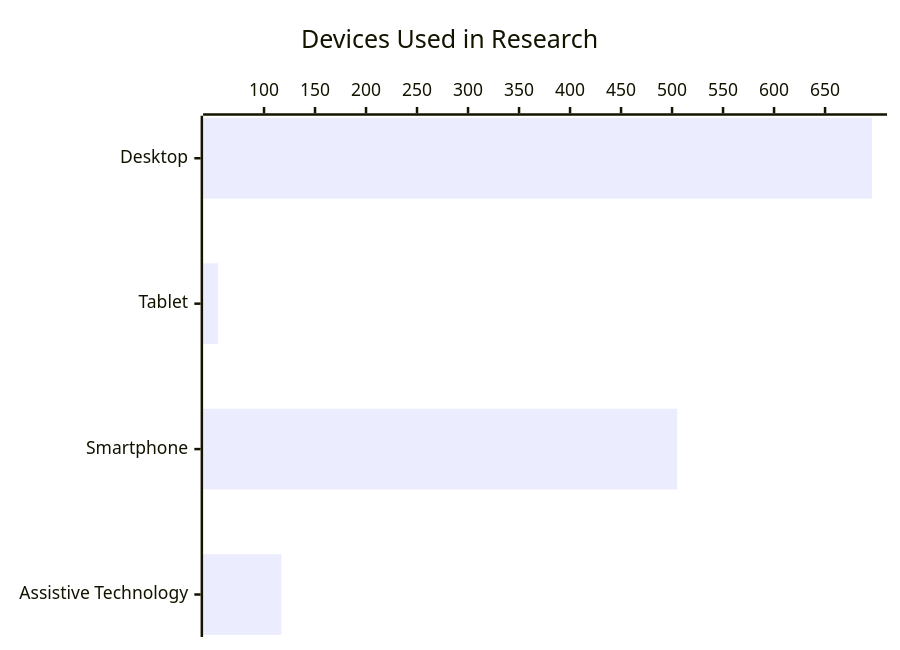
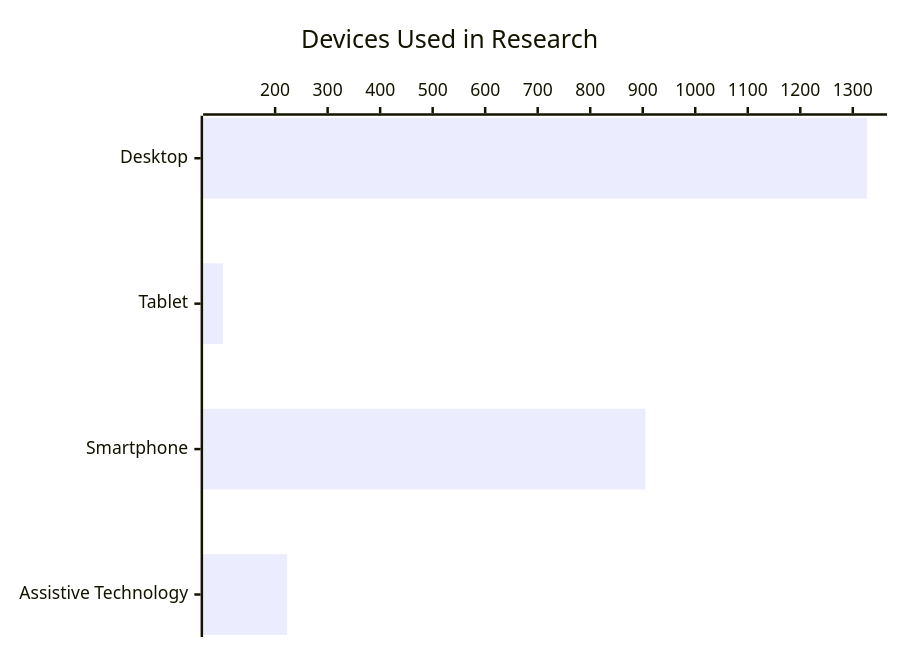
Before and after one commit to Ninjaneer321/va.gov-team: the second of 6 diagrams in historical-participant-data-summary-2017-2025.md, drawn with Mermaid. The commit also changed other lines of this file and 3 other files, not shown here.

````diff
--- a/historical-participant-data-summary-2017-2025.md
+++ b/historical-participant-data-summary-2017-2025.md
@@ -59,6 +59,6 @@
 ```mermaid
 xychart-beta horizontal
     title "Devices Used in Research"
     x-axis ["Desktop", "Tablet", "Smartphone", "Assistive Technology"]
-    bar [696, 55, 505, 117]
+    bar [1327, 101, 905, 223]
 ```
````
